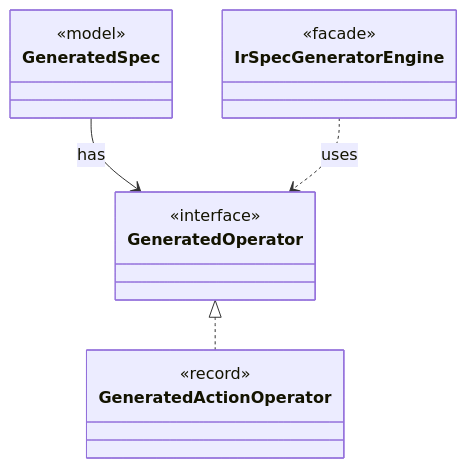
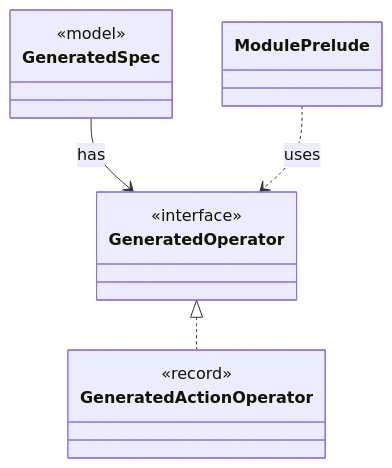
The diagram in dev/types/io.github.tlaplus.hardening.gen.GeneratedOperator.md (tlaplus/model-checker-hardening), drawn with Mermaid before and after one commit. The commit also changed other lines of this file and 401 other files, not shown here.

````diff
--- a/dev/types/io.github.tlaplus.hardening.gen.GeneratedOperator.md
+++ b/dev/types/io.github.tlaplus.hardening.gen.GeneratedOperator.md
@@ -7,18 +7,16 @@
 ```mermaid
 classDiagram
   class GeneratedOperator {
     <<interface>>
   }
   class GeneratedActionOperator {
     <<record>>
   }
   class GeneratedSpec {
     <<model>>
   }
-  class IrSpecGeneratorEngine {
-    <<facade>>
-  }
+  class ModulePrelude
   GeneratedOperator <|.. GeneratedActionOperator
   GeneratedSpec --> GeneratedOperator : has
-  IrSpecGeneratorEngine ..> GeneratedOperator : uses
+  ModulePrelude ..> GeneratedOperator : uses
 ```
````
